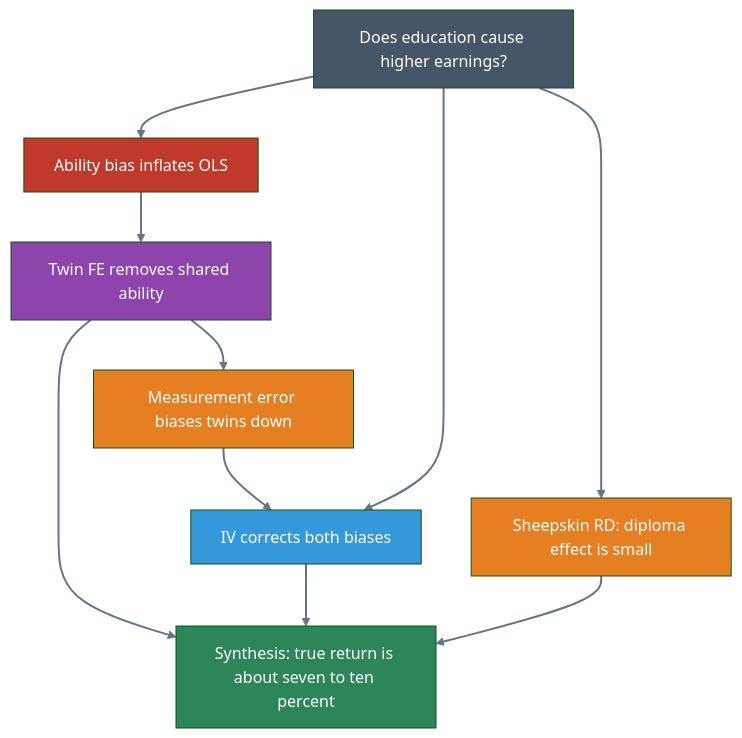
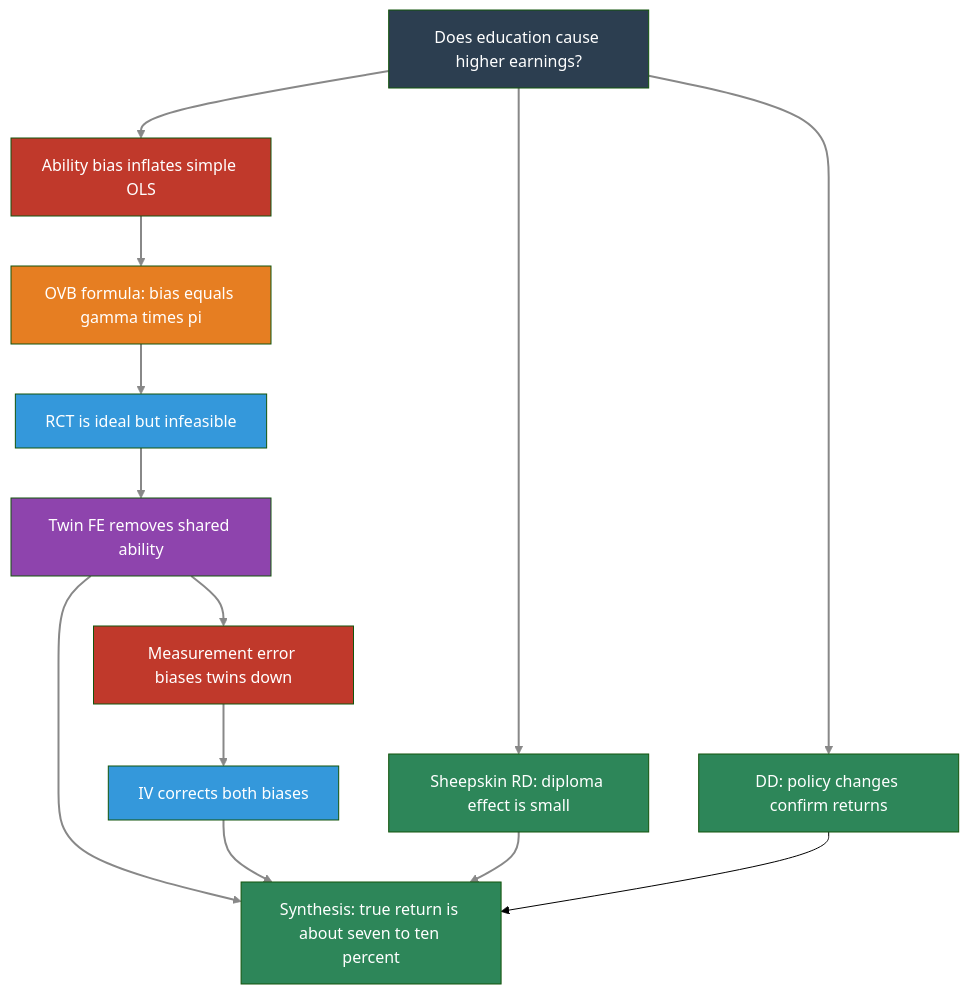
One commit to cmg777/intro2causal changed the second of 2 diagrams in book/notebooks_quarto/06-wages-of-schooling.qmd. Above: the diagram before and after it, drawn with Mermaid (forest theme). The commit also changed other lines of this file and 18 other files, not shown here.

First line of the commit message:
Expand Chapter 6 into comprehensive methods-ladder capstone

````diff
--- a/book/notebooks_quarto/06-wages-of-schooling.qmd
+++ b/book/notebooks_quarto/06-wages-of-schooling.qmd
@@ -505,32 +834,42 @@
 ```{mermaid}
 %%| label: fig-concept-map
-%%| fig-cap: "How the key concepts of Chapter 6 connect"
+%%| fig-cap: "How the key concepts of Chapter 6 connect: from the question through five methods to the synthesis"
 
 graph TD
     Q["Does education cause higher earnings?"]
-    AB["Ability bias inflates OLS"]
+    AB["Ability bias inflates simple OLS"]
+    OVB["OVB formula: bias equals gamma times pi"]
+    RCT["RCT is ideal but infeasible"]
     TW["Twin FE removes shared ability"]
     ME["Measurement error biases twins down"]
     IV["IV corrects both biases"]
     RD["Sheepskin RD: diploma effect is small"]
+    DD["DD: policy changes confirm returns"]
     SYN["Synthesis: true return is about seven to ten percent"]
 
     Q --> AB
-    AB --> TW
+    AB --> OVB
+    OVB --> RCT
+    RCT --> TW
     TW --> ME
     ME --> IV
-    Q --> IV
     Q --> RD
+    Q --> DD
     TW --> SYN
     IV --> SYN
     RD --> SYN
+    DD --> SYN
 
-    style Q fill:#475569,color:#fff
+    style Q fill:#2c3e50,color:#fff
     style AB fill:#c0392b,color:#fff
+    style OVB fill:#e67e22,color:#fff
+    style RCT fill:#3498db,color:#fff
     style TW fill:#8e44ad,color:#fff
-    style ME fill:#e67e22,color:#fff
+    style ME fill:#c0392b,color:#fff
     style IV fill:#3498db,color:#fff
-    style RD fill:#e67e22,color:#fff
+    style RD fill:#2d8659,color:#fff
+    style DD fill:#2d8659,color:#fff
     style SYN fill:#2d8659,color:#fff
-    linkStyle default stroke:#64748b,stroke-width:2px
+
+    linkStyle 0,1,2,3,4,5,6,7,8,9,10 stroke:#888,stroke-width:2px
 ```
````
